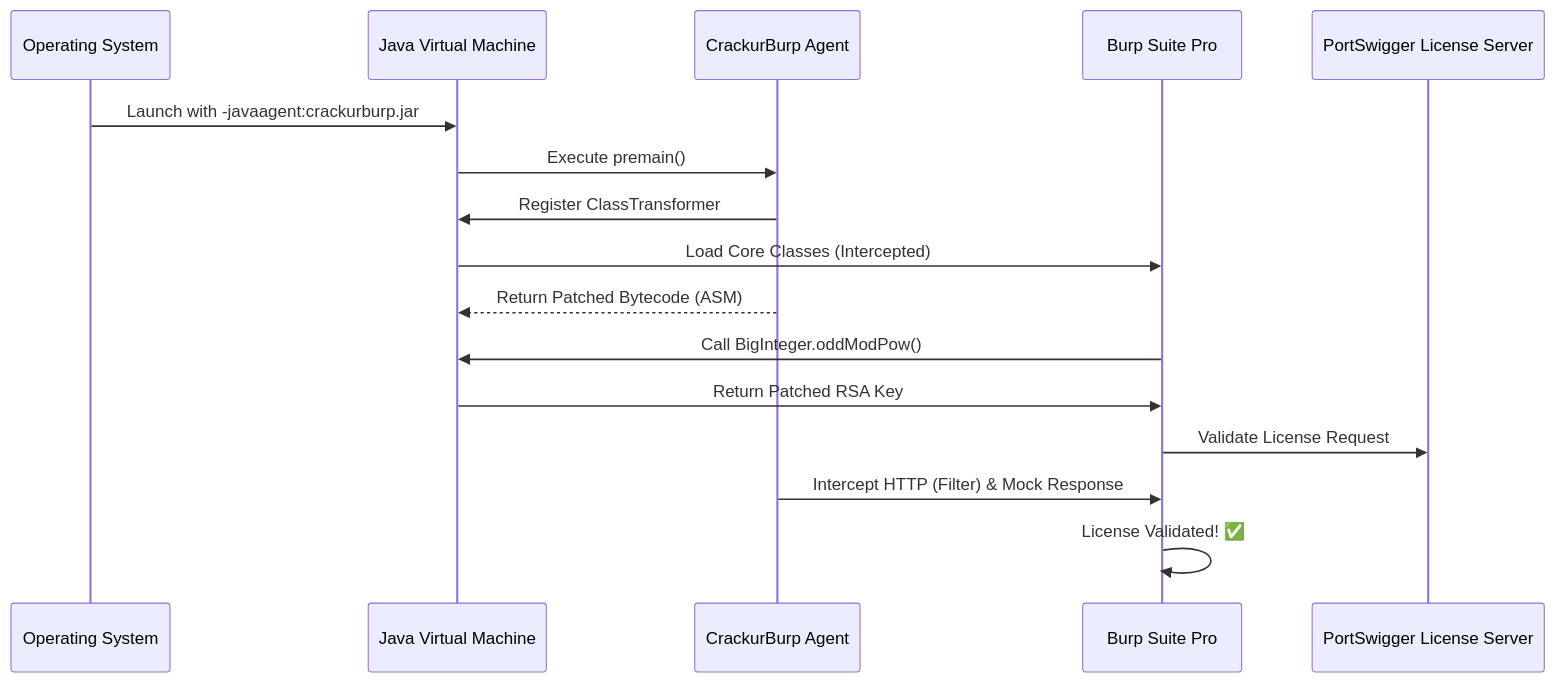
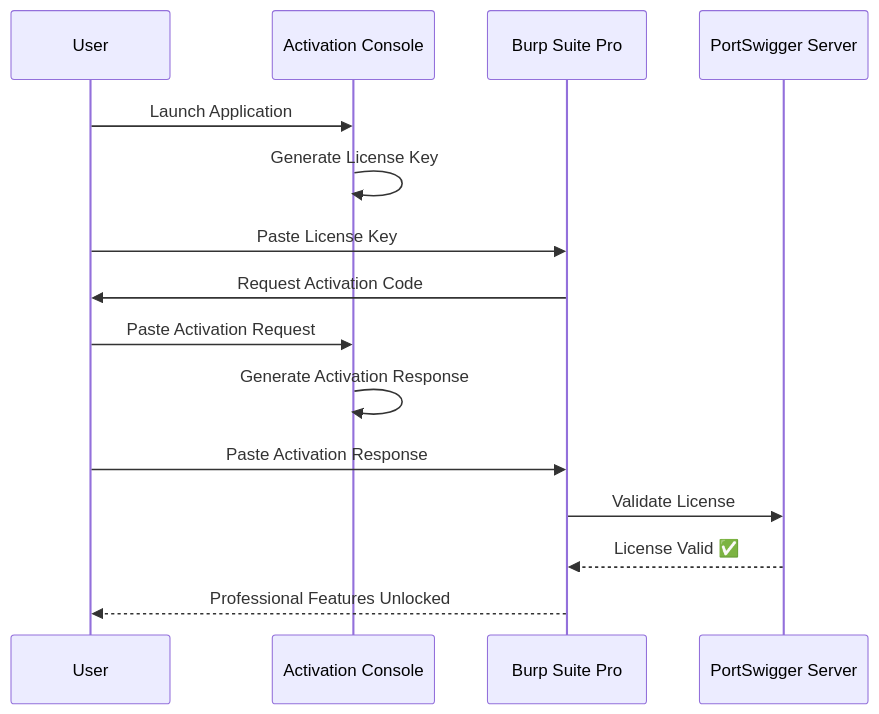
The diagram in README.md (joelindra/CrackurBurp), drawn with Mermaid before and after one commit. The commit also changed other lines of this file, not shown here.

````diff
--- a/README.md
+++ b/README.md
@@ -12,22 +21,18 @@
 ```mermaid
 sequenceDiagram
-    participant OS as Operating System
-    participant JVM as Java Virtual Machine
-    participant Agent as CrackurBurp Agent
-    participant Target as Burp Suite Pro
-    participant Server as PortSwigger License Server
+    participant User
+    participant App as Activation Console
+    participant Burp as Burp Suite Pro
+    participant Server as PortSwigger Server
 
-    OS->>JVM: Launch with -javaagent:crackurburp.jar
-    JVM->>Agent: Execute premain()
-    Agent->>JVM: Register ClassTransformer
-    
-    JVM->>Target: Load Core Classes (Intercepted)
-    Agent-->>JVM: Return Patched Bytecode (ASM)
-    
-    Target->>JVM: Call BigInteger.oddModPow()
-    JVM->>Target: Return Patched RSA Key
-    
-    Target->>Server: Validate License Request
-    Agent->>Target: Intercept HTTP (Filter) & Mock Response
-    Target->>Target: License Validated! ✅
+    User->>App: Launch Application
+    App->>App: Generate License Key
+    User->>Burp: Paste License Key
+    Burp->>User: Request Activation Code
+    User->>App: Paste Activation Request
+    App->>App: Generate Activation Response
+    User->>Burp: Paste Activation Response
+    Burp->>Server: Validate License
+    Server-->>Burp: License Valid ✅
+    Burp-->>User: Professional Features Unlocked
 ```
````
